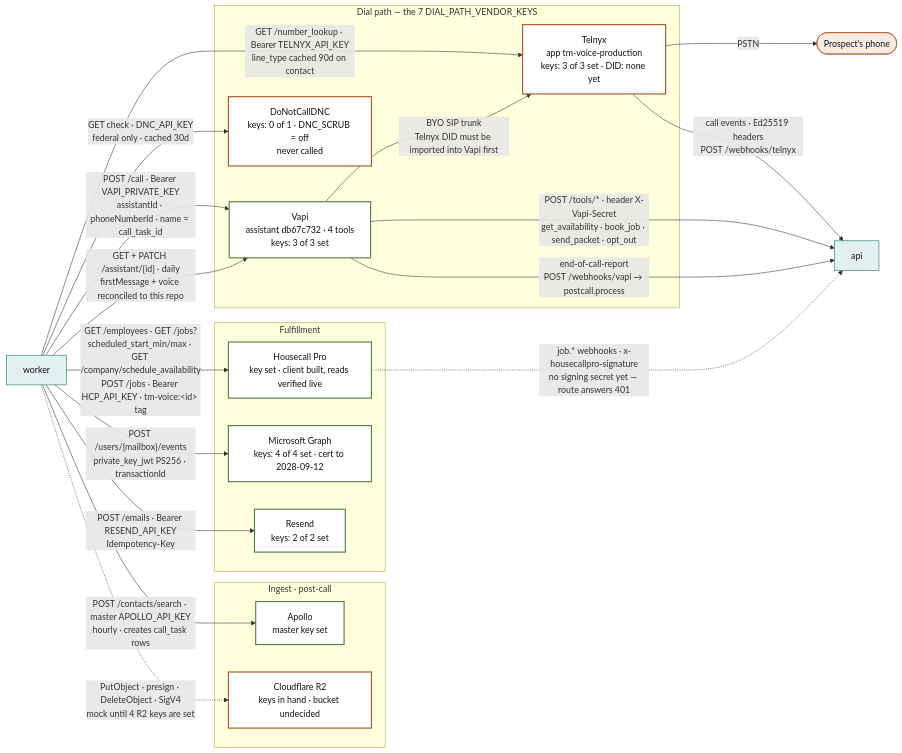
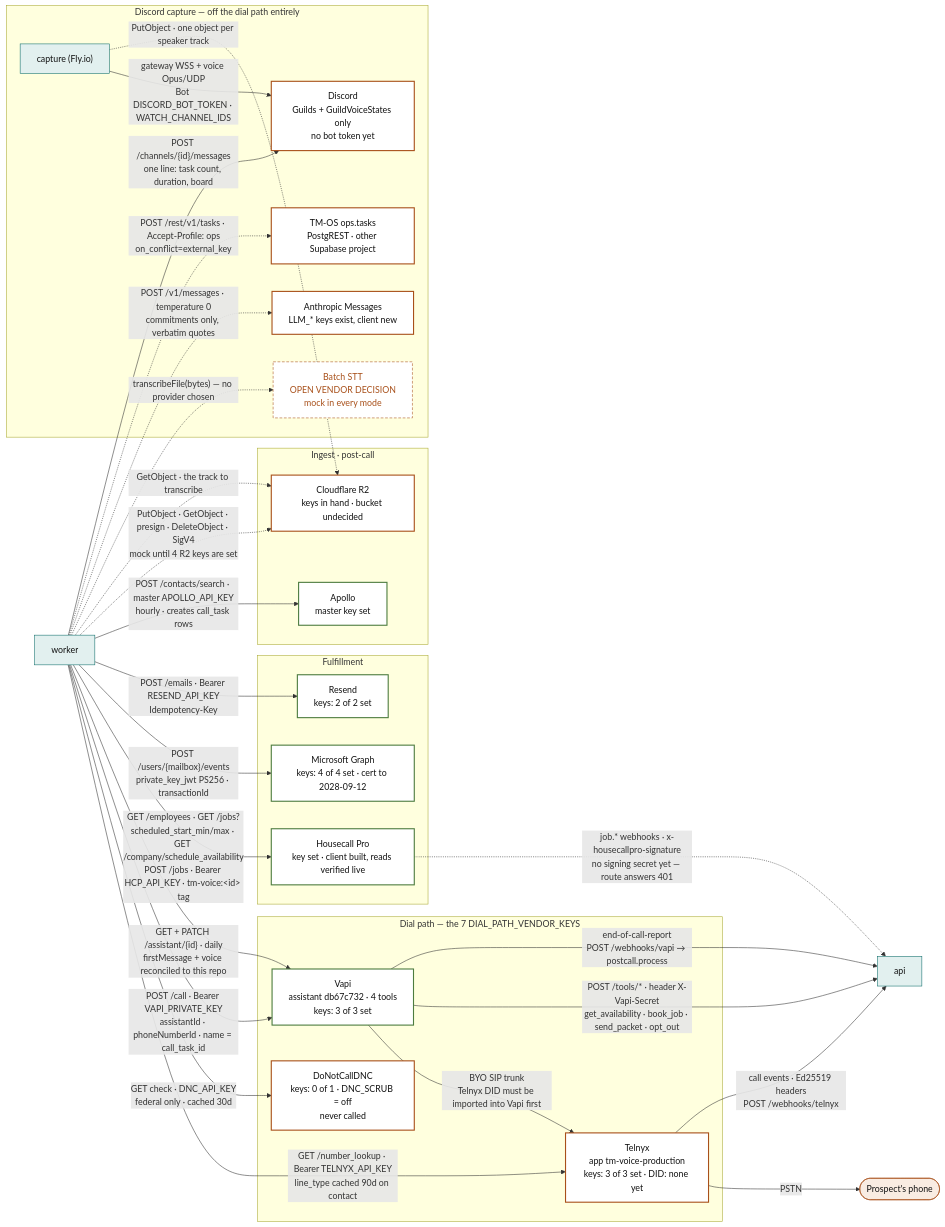
Before and after one commit to MAKaminski/tm-voice: the second of 7 diagrams in docs/ARCHITECTURE.md, drawn with Mermaid. The commit also changed other lines of this file and 48 other files, not shown here.

````diff
--- a/docs/ARCHITECTURE.md
+++ b/docs/ARCHITECTURE.md
@@ -73,46 +84,62 @@
 ```mermaid
 flowchart LR
   classDef svc fill:#e2f0ef,stroke:#0e6d6a,color:#111
   classDef real fill:#fff,stroke:#4d7c3f,stroke-width:2px,color:#111
   classDef partial fill:#fff,stroke:#a8501a,stroke-width:2px,color:#111
   classDef gap fill:#fff,stroke:#a8501a,stroke-dasharray:5 3,color:#a8501a
   classDef human fill:#f9ece2,stroke:#a8501a,color:#111
 
   worker["worker"]:::svc
   api["api"]:::svc
   prospect(["Prospect's phone"]):::human
 
   subgraph dialpath["Dial path — the 7 DIAL_PATH_VENDOR_KEYS"]
     vapi["Vapi<br/>assistant db67c732 · 4 tools<br/>keys: 3 of 3 set"]:::real
     telnyx["Telnyx<br/>app tm-voice-production<br/>keys: 3 of 3 set · DID: none yet"]:::partial
     dnc["DoNotCallDNC<br/>keys: 0 of 1 · DNC_SCRUB = off<br/>never called"]:::partial
   end
 
   subgraph fulfil["Fulfillment"]
     hcp["Housecall Pro<br/>key set · client built, reads verified live"]:::real
     msgraph["Microsoft Graph<br/>keys: 4 of 4 set · cert to 2028-09-12"]:::real
     resend["Resend<br/>keys: 2 of 2 set"]:::real
   end
 
   subgraph other["Ingest · post-call"]
     apollo["Apollo<br/>master key set"]:::real
     r2["Cloudflare R2<br/>keys in hand · bucket undecided"]:::partial
   end
 
+  subgraph capturepath["Discord capture — off the dial path entirely"]
+    capture["capture (Fly.io)"]:::svc
+    discord["Discord<br/>Guilds + GuildVoiceStates only<br/>no bot token yet"]:::partial
+    sttb["Batch STT<br/>OPEN VENDOR DECISION<br/>mock in every mode"]:::gap
+    llm["Anthropic Messages<br/>LLM_* keys exist, client new"]:::partial
+    tmos["TM-OS ops.tasks<br/>PostgREST · other Supabase project"]:::partial
+  end
+
   worker -->|"GET /number_lookup · Bearer TELNYX_API_KEY<br/>line_type cached 90d on contact"| telnyx
   worker -->|"GET check · DNC_API_KEY<br/>federal only · cached 30d"| dnc
   worker -->|"POST /call · Bearer VAPI_PRIVATE_KEY<br/>assistantId · phoneNumberId · name = call_task_id"| vapi
   worker -->|"GET + PATCH /assistant/{id} · daily<br/>firstMessage + voice reconciled to this repo"| vapi
   vapi -->|"BYO SIP trunk<br/>Telnyx DID must be imported into Vapi first"| telnyx
   telnyx -->|"PSTN"| prospect
   vapi -->|"POST /tools/* · header X-Vapi-Secret<br/>get_availability · book_job · send_packet · opt_out"| api
   vapi -->|"end-of-call-report<br/>POST /webhooks/vapi → postcall.process"| api
   telnyx -->|"call events · Ed25519 headers<br/>POST /webhooks/telnyx"| api
 
   worker -->|"GET /employees · GET /jobs?scheduled_start_min/max · GET /company/schedule_availability<br/>POST /jobs · Bearer HCP_API_KEY · tm-voice:&lt;id&gt; tag"| hcp
   hcp -.->|"job.* webhooks · x-housecallpro-signature<br/>no signing secret yet — route answers 401"| api
   worker -->|"POST /users/{mailbox}/events<br/>private_key_jwt PS256 · transactionId"| msgraph
   worker -->|"POST /emails · Bearer RESEND_API_KEY<br/>Idempotency-Key"| resend
   worker -->|"POST /contacts/search · master APOLLO_API_KEY<br/>hourly · creates call_task rows"| apollo
-  worker -.->|"PutObject · presign · DeleteObject · SigV4<br/>mock until 4 R2 keys are set"| r2
+  worker -.->|"PutObject · GetObject · presign · DeleteObject · SigV4<br/>mock until 4 R2 keys are set"| r2
+
+  capture -->|"gateway WSS + voice Opus/UDP<br/>Bot DISCORD_BOT_TOKEN · WATCH_CHANNEL_IDS"| discord
+  capture -.->|"PutObject · one object per speaker track"| r2
+  worker -.->|"GetObject · the track to transcribe"| r2
+  worker -.->|"transcribeFile(bytes) — no provider chosen"| sttb
+  worker -.->|"POST /v1/messages · temperature 0<br/>commitments only, verbatim quotes"| llm
+  worker -.->|"POST /rest/v1/tasks · Accept-Profile: ops<br/>on_conflict=external_key"| tmos
+  worker -->|"POST /channels/{id}/messages<br/>one line: task count, duration, board"| discord
 ```
````
